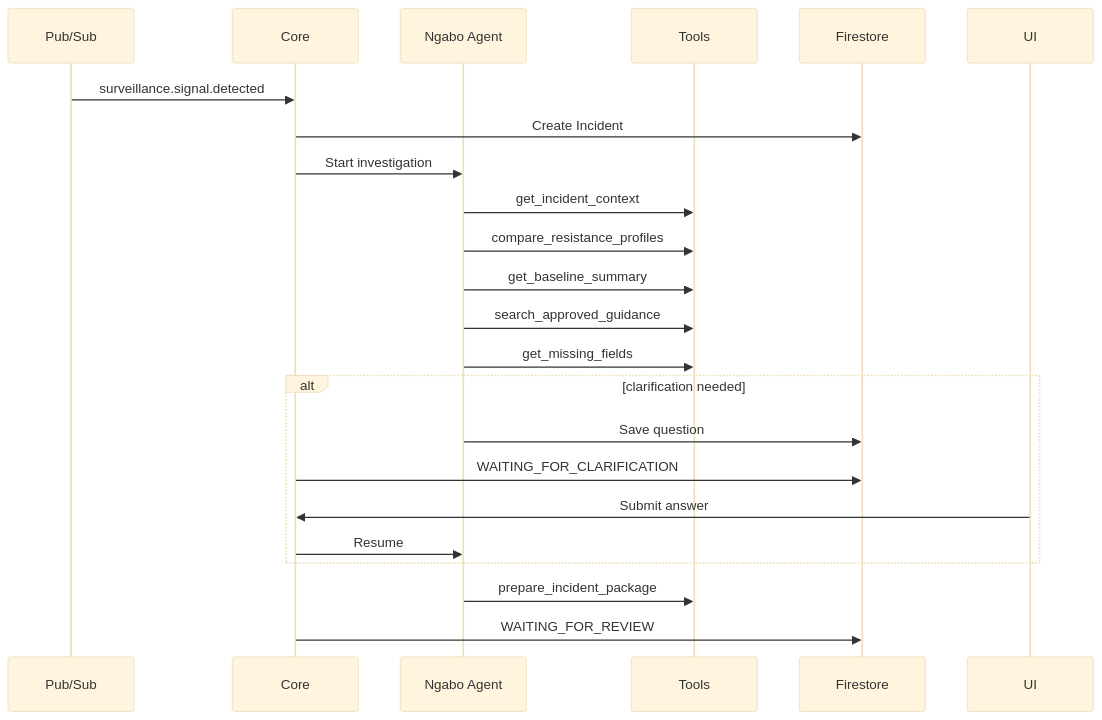
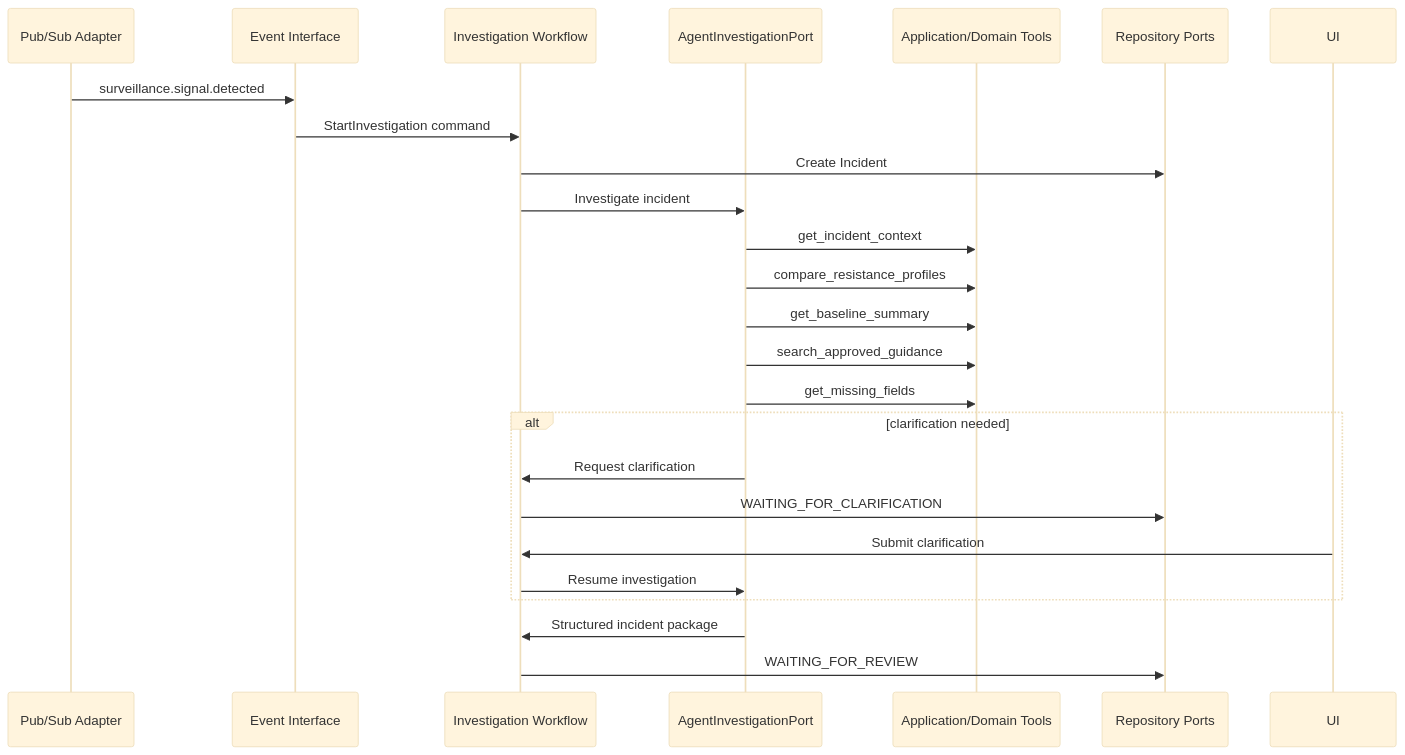
Before and after one commit to ronnielutaro/Ngabo-AMR-Surveillance: the sixth of 8 diagrams in docs/SYSTEM_DESIGN.md, drawn with Mermaid (base theme). The commit also changed other lines of this file, not shown here.

Commit message:
docs(architecture): apply clean architecture to system design

````diff
--- a/docs/SYSTEM_DESIGN.md
+++ b/docs/SYSTEM_DESIGN.md
@@ -134,28 +270,30 @@
 ```mermaid
 sequenceDiagram
-    participant Bus as Pub/Sub
-    participant Core
-    participant Agent as Ngabo Agent
-    participant Tools
-    participant DB as Firestore
+    participant Bus as Pub/Sub Adapter
+    participant Handler as Event Interface
+    participant App as Investigation Workflow
+    participant Agent as AgentInvestigationPort
+    participant Tools as Application/Domain Tools
+    participant Repo as Repository Ports
     participant UI
 
-    Bus->>Core: surveillance.signal.detected
-    Core->>DB: Create Incident
-    Core->>Agent: Start investigation
+    Bus->>Handler: surveillance.signal.detected
+    Handler->>App: StartInvestigation command
+    App->>Repo: Create Incident
+    App->>Agent: Investigate incident
     Agent->>Tools: get_incident_context
     Agent->>Tools: compare_resistance_profiles
     Agent->>Tools: get_baseline_summary
     Agent->>Tools: search_approved_guidance
     Agent->>Tools: get_missing_fields
 
     alt clarification needed
-        Agent->>DB: Save question
-        Core->>DB: WAITING_FOR_CLARIFICATION
-        UI->>Core: Submit answer
-        Core->>Agent: Resume
+        Agent->>App: Request clarification
+        App->>Repo: WAITING_FOR_CLARIFICATION
+        UI->>App: Submit clarification
+        App->>Agent: Resume investigation
     end
 
-    Agent->>Tools: prepare_incident_package
-    Core->>DB: WAITING_FOR_REVIEW
+    Agent->>App: Structured incident package
+    App->>Repo: WAITING_FOR_REVIEW
 ```
````
